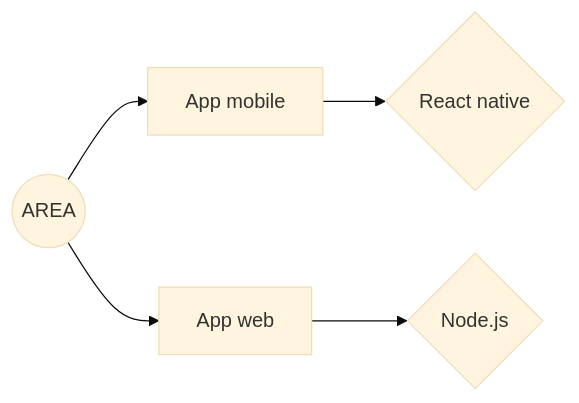
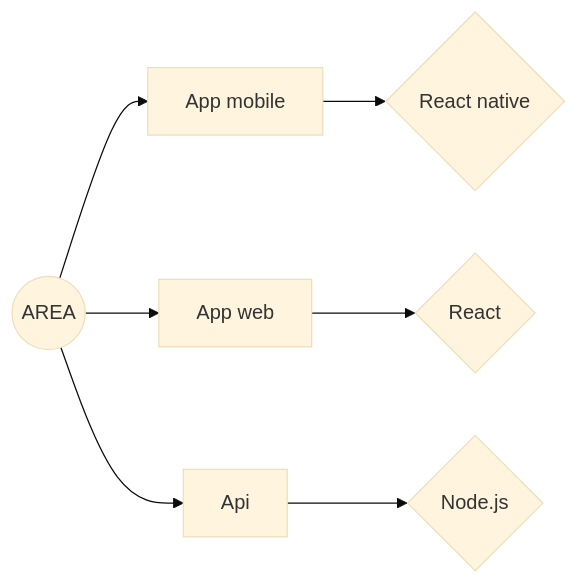
One commit to agamblin/area changed the fourth of 5 diagrams in README.md. Above: the diagram before and after it, drawn with Mermaid (base theme). The commit also changed other lines of this file, not shown here.

````diff
--- a/README.md
+++ b/README.md
@@ -64,7 +64,9 @@
 ```mermaid
 graph LR
 A --> B
 A((AREA)) --> C
 B[App mobile] --> E{React native}
-C[App web] --> D{Node.js}
+A --> F[Api]
+F --> G{Node.js}
+C[App web] --> D{React}
 ```
````
